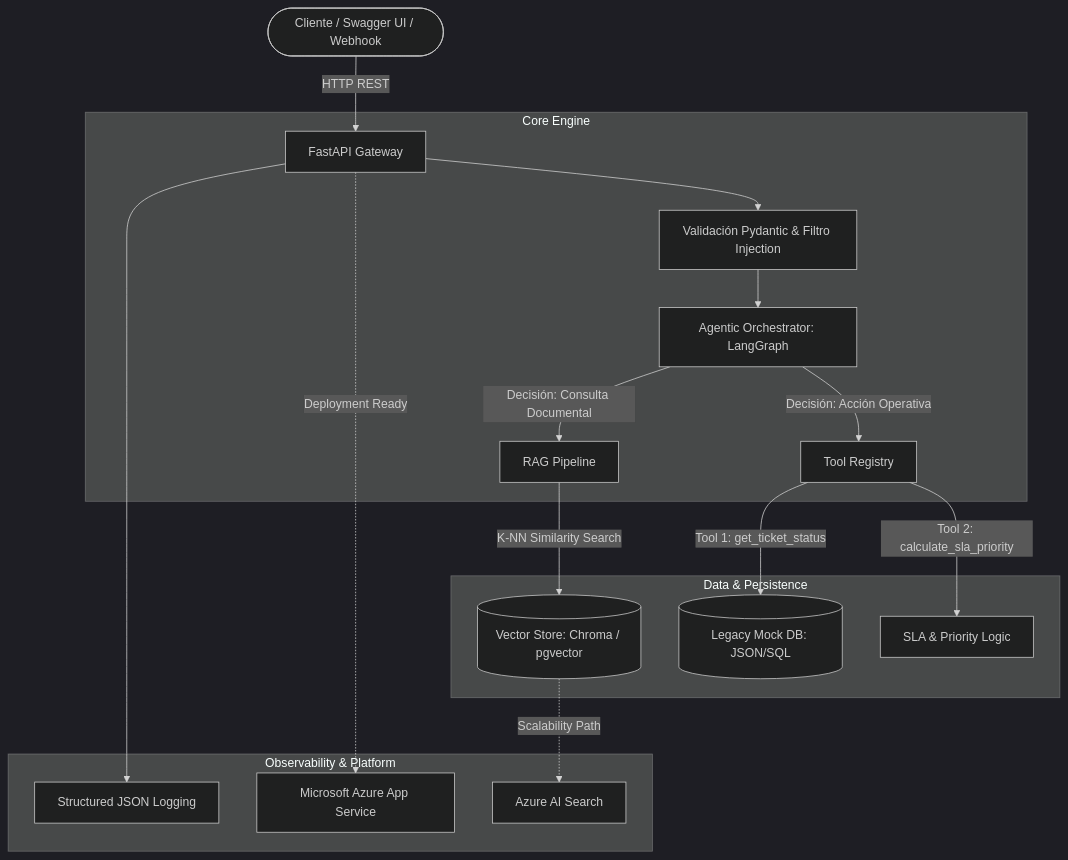
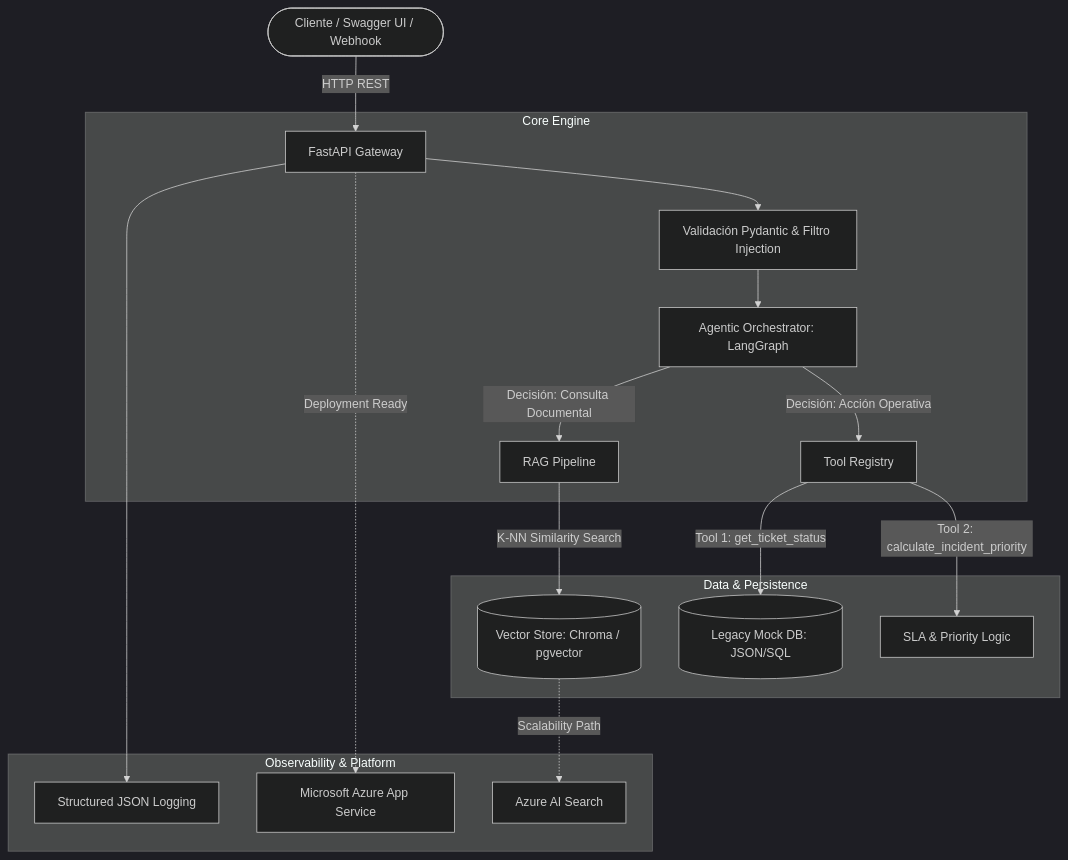
The diagram in README.md (Beto18v/i-cloud-seven-ai-agent), drawn with Mermaid (dark theme) before and after one commit. The commit also changed other lines of this file and 8 other files, not shown here.

````diff
--- a/README.md
+++ b/README.md
@@ -11,24 +11,24 @@
 ```mermaid
 graph TD
     User([Cliente / Swagger UI / Webhook]) -->|HTTP REST| API[FastAPI Gateway]
     
     subgraph Core Engine
         API --> Guardrails[Validación Pydantic & Filtro Injection]
         Guardrails --> Agent[Agentic Orchestrator: LangGraph]
         
         Agent -->|Decisión: Consulta Documental| RAG[RAG Pipeline]
         Agent -->|Decisión: Acción Operativa| Tools[Tool Registry]
     end
 
     subgraph Data & Persistence
         RAG -->|K-NN Similarity Search| VectorDB[(Vector Store: Chroma / pgvector)]
         Tools -->|Tool 1: get_ticket_status| MockDB[(Legacy Mock DB: JSON/SQL)]
-        Tools -->|Tool 2: calculate_sla_priority| RuleEngine[SLA & Priority Logic]
+        Tools -->|Tool 2: calculate_incident_priority| RuleEngine[SLA & Priority Logic]
     end
 
     subgraph Observability & Platform
         API --> Logger[Structured JSON Logging]
         API -.->|Deployment Ready| AzureAppService[Microsoft Azure App Service]
         VectorDB -.->|Scalability Path| AzureAISearch[Azure AI Search]
     end
 ```
````
